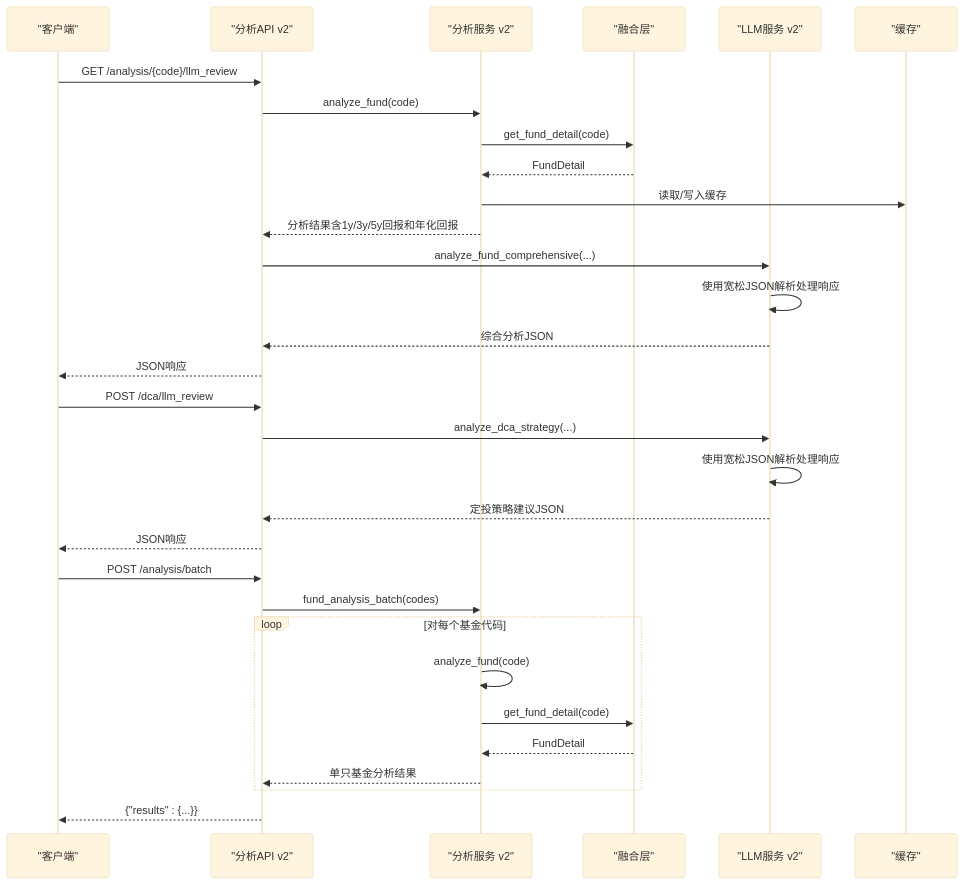
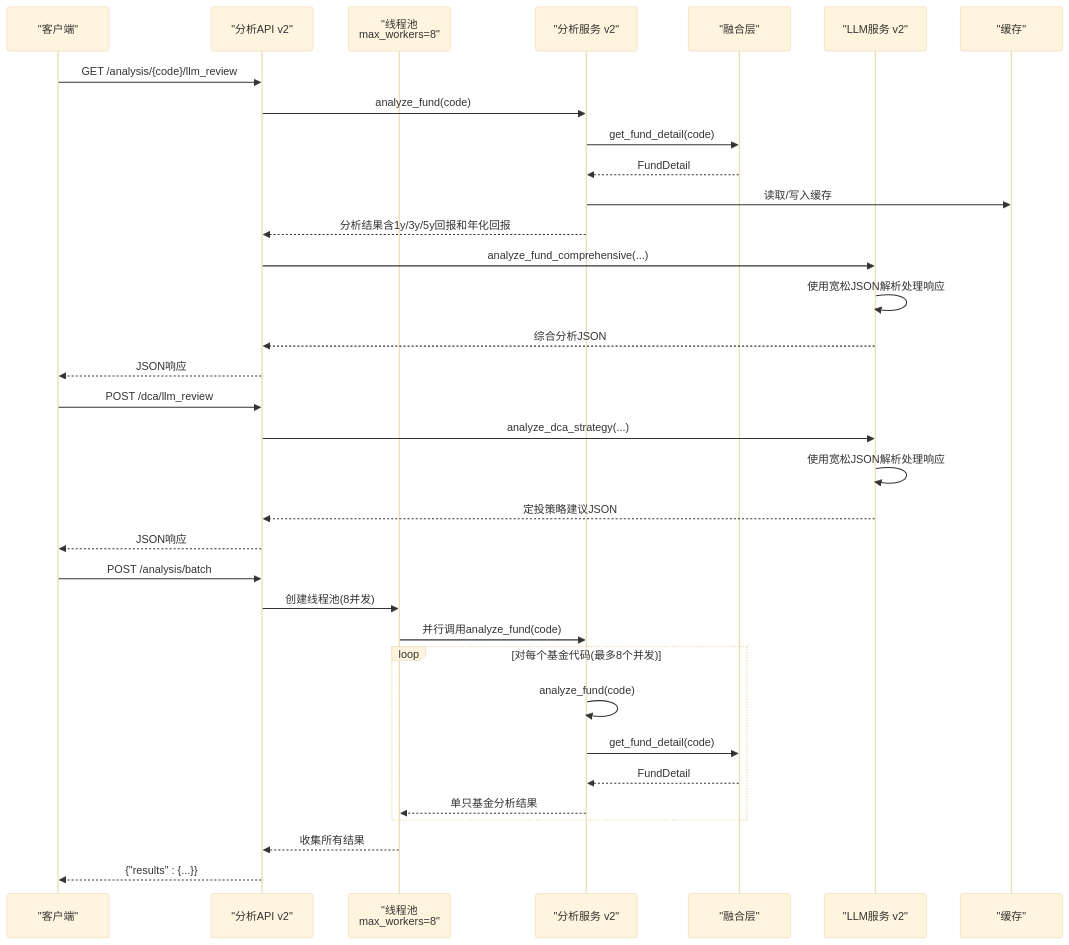
One commit to youkell85/FundTrader changed the second of 13 diagrams in .qoder/repowiki/zh/content/核心功能模块/AI分析服务.md. Above: the diagram before and after it, drawn with Mermaid (base theme). The commit also changed other lines of this file and 46 other files, not shown here.

````diff
--- a/.qoder/repowiki/zh/content/核心功能模块/AI分析服务.md
+++ b/.qoder/repowiki/zh/content/核心功能模块/AI分析服务.md
@@ -149,33 +150,36 @@
 ```mermaid
 sequenceDiagram
 participant C as "客户端"
 participant API as "分析API v2"
+participant TP as "线程池<br/>max_workers=8"
 participant SVC as "分析服务 v2"
 participant FUS as "融合层"
 participant LLM as "LLM服务 v2"
 participant CA as "缓存"
 C->>API : GET /analysis/{code}/llm_review
 API->>SVC : analyze_fund(code)
 SVC->>FUS : get_fund_detail(code)
 FUS-->>SVC : FundDetail
 SVC->>CA : 读取/写入缓存
 SVC-->>API : 分析结果含1y/3y/5y回报和年化回报
 API->>LLM : analyze_fund_comprehensive(...)
 LLM->>LLM : 使用宽松JSON解析处理响应
 LLM-->>API : 综合分析JSON
 API-->>C : JSON响应
 C->>API : POST /dca/llm_review
 API->>LLM : analyze_dca_strategy(...)
 LLM->>LLM : 使用宽松JSON解析处理响应
 LLM-->>API : 定投策略建议JSON
 API-->>C : JSON响应
 C->>API : POST /analysis/batch
-API->>SVC : fund_analysis_batch(codes)
-loop 对每个基金代码
+API->>TP : 创建线程池(8并发)
+TP->>SVC : 并行调用analyze_fund(code)
+loop 对每个基金代码(最多8个并发)
 SVC->>SVC : analyze_fund(code)
 SVC->>FUS : get_fund_detail(code)
 FUS-->>SVC : FundDetail
-SVC-->>API : 单只基金分析结果
+SVC-->>TP : 单只基金分析结果
 end
+TP-->>API : 收集所有结果
 API-->>C : {"results" : {...}}
 ```
````
